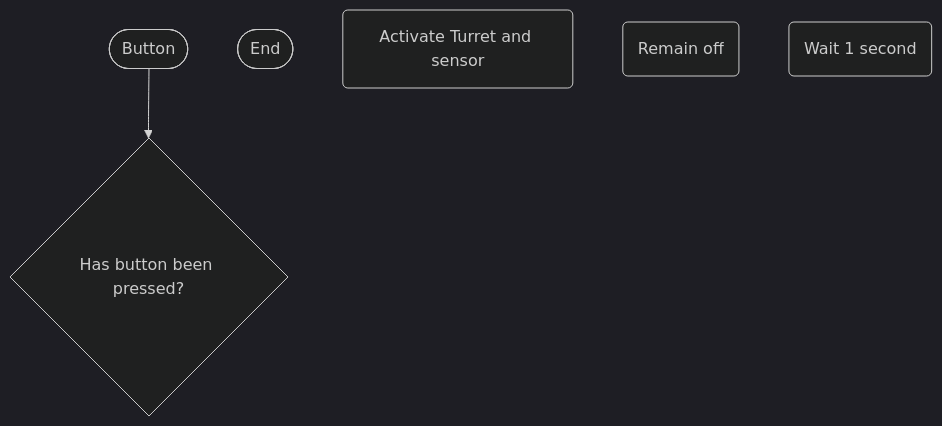
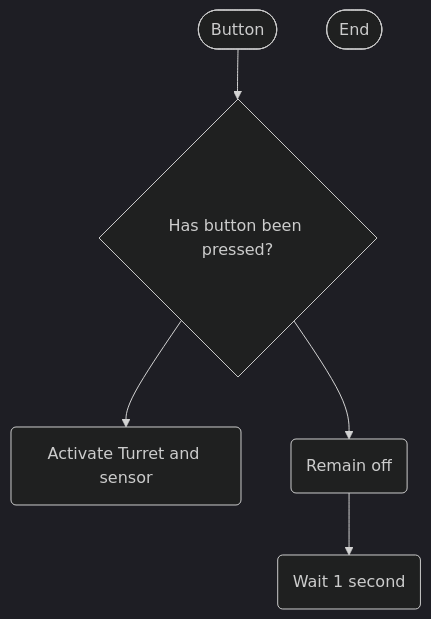
One commit to Zac2259/Smart-Turret changed the diagram in logic.md. Above: the diagram before and after it, drawn with Mermaid (dark theme).

````diff
--- a/logic.md
+++ b/logic.md
@@ -1,11 +1,14 @@
  ```mermaid
  flowchart TD
 terminalStart([Button])
  terminalEnd([End])
 Buttontrigger{Has button been pressed?}
 activateturret(Activate Turret and sensor)
 remainoff(Remain off)
 loop(Wait 1 second)
 
 terminalStart --> Buttontrigger
+Buttontrigger --> activateturret
+Buttontrigger --> remainoff
+remainoff --> loop
  ```
````
